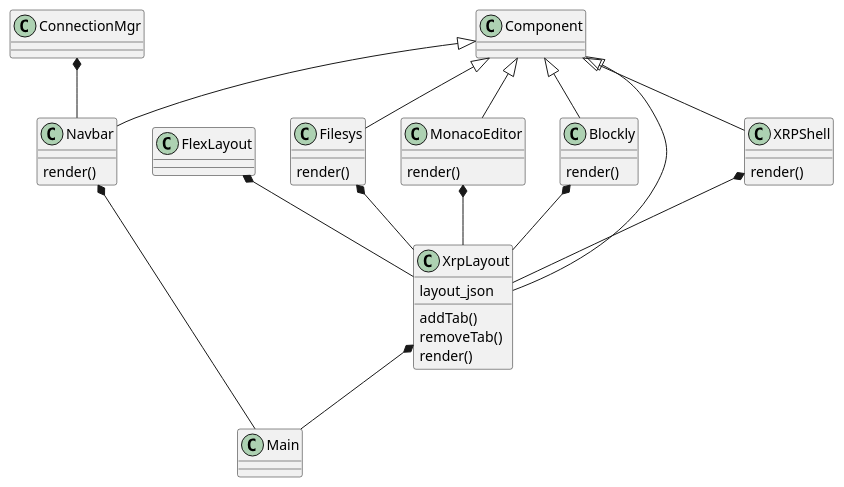
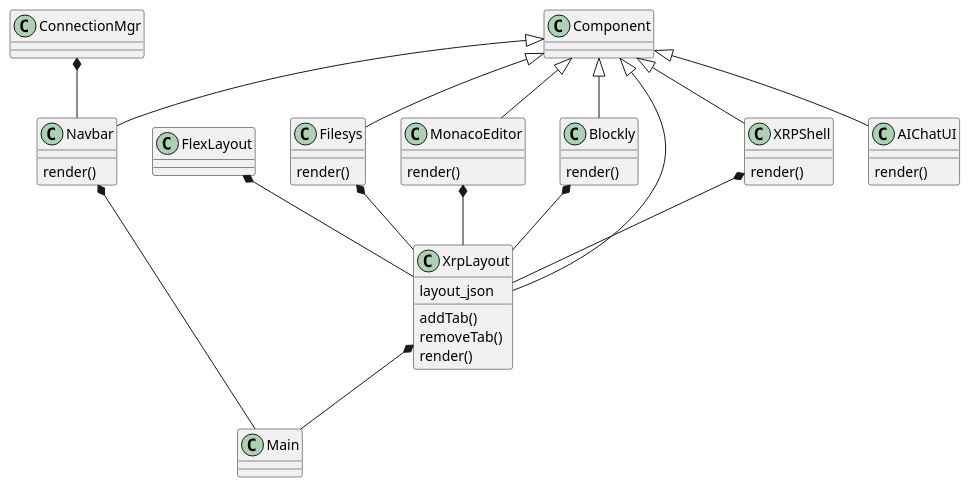
Before and after one commit to Open-STEM/XRPWeb: the sixth of 10 diagrams in docs/XRP Software Architecture.md, drawn with PlantUML. The commit also changed other lines of this file and 1 other file, not shown here.

````diff
--- a/docs/XRP Software Architecture.md
+++ b/docs/XRP Software Architecture.md
@@ -227,44 +265,48 @@
 ```plantuml
 @startuml
     class ConnectionMgr
     class FlexLayout
     class Component
     class Filesys {
         render()
     }
     class MonacoEditor {
         render()
     }
     class Blockly {
         render()
     }
     class Main
     class XrpLayout {
         layout_json
         addTab()
         removeTab()
         render()
     }
     class XRPShell {
         render()
     }
     class Navbar {
         render()
     }
+    class AIChatUI {
+        render()
+    }
 
     Component <|-- Navbar
     Component <|-- XrpLayout
     Component <|-- XRPShell
     Component <|-- Filesys
     Component <|-- Blockly
     Component <|-- MonacoEditor
+    Component <|-- AIChatUI
     ConnectionMgr *-- Navbar
     FlexLayout *-- XrpLayout
     MonacoEditor *-- XrpLayout
     Blockly *-- XrpLayout
     Filesys *-- XrpLayout
     XRPShell *-- XrpLayout
     Navbar *-- Main
     XrpLayout *-- Main
 @enduml
 ```
````
